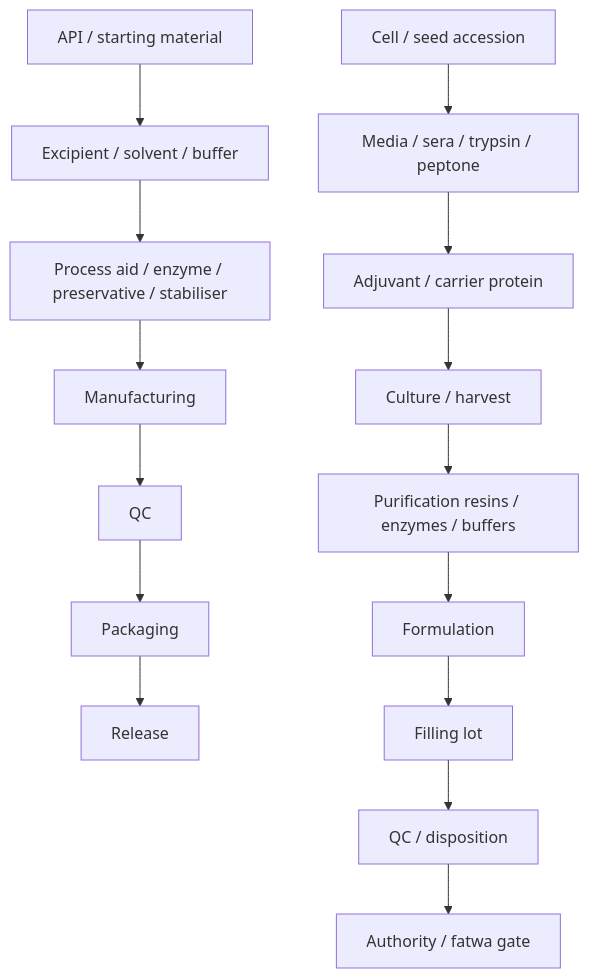
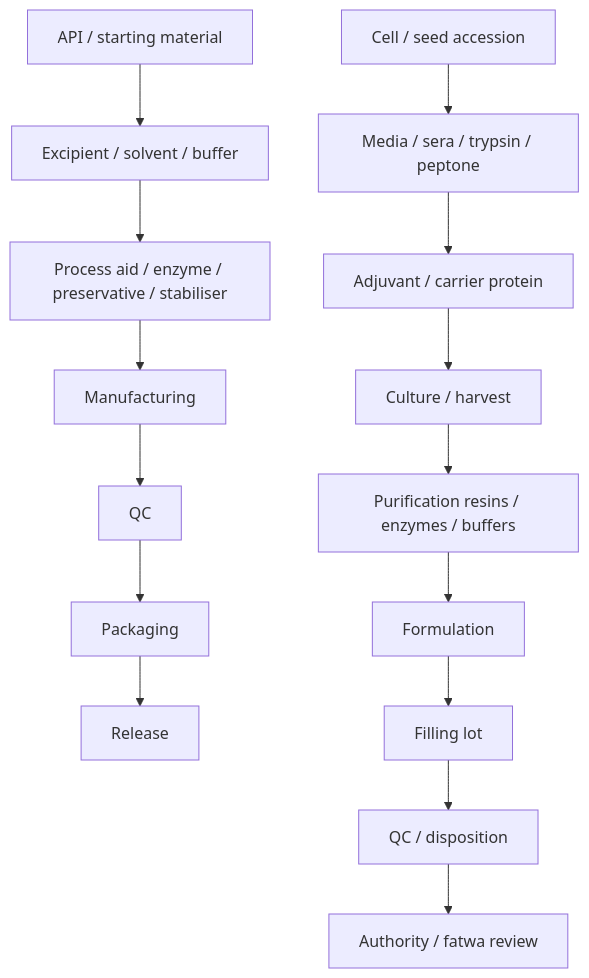
One commit to mavericken777/GlobalHalalDigitalTrust changed the seventh of 10 diagrams in master-standards-stack/iq300-all-jakim-ms/03_COMPLETE_MERMAID_PROCESS_FLOWS.md. Above: the diagram before and after it, drawn with Mermaid. The commit also changed 94 other files, not shown here.

````diff
--- a/master-standards-stack/iq300-all-jakim-ms/03_COMPLETE_MERMAID_PROCESS_FLOWS.md
+++ b/master-standards-stack/iq300-all-jakim-ms/03_COMPLETE_MERMAID_PROCESS_FLOWS.md
@@ -134,17 +134,17 @@
 ```mermaid
 flowchart TD
  A[API / starting material] --> B[Excipient / solvent / buffer]
  B --> C[Process aid / enzyme / preservative / stabiliser]
  C --> D[Manufacturing]
  D --> E[QC]
  E --> F[Packaging]
  F --> G[Release]
  V0[Cell / seed accession] --> V1[Media / sera / trypsin / peptone]
  V1 --> V2[Adjuvant / carrier protein]
  V2 --> V3[Culture / harvest]
  V3 --> V4[Purification resins / enzymes / buffers]
  V4 --> V5[Formulation]
  V5 --> V6[Filling lot]
  V6 --> V7[QC / disposition]
- V7 --> V8[Authority / fatwa gate]
+ V7 --> V8[Authority / fatwa review]
 ```
````
